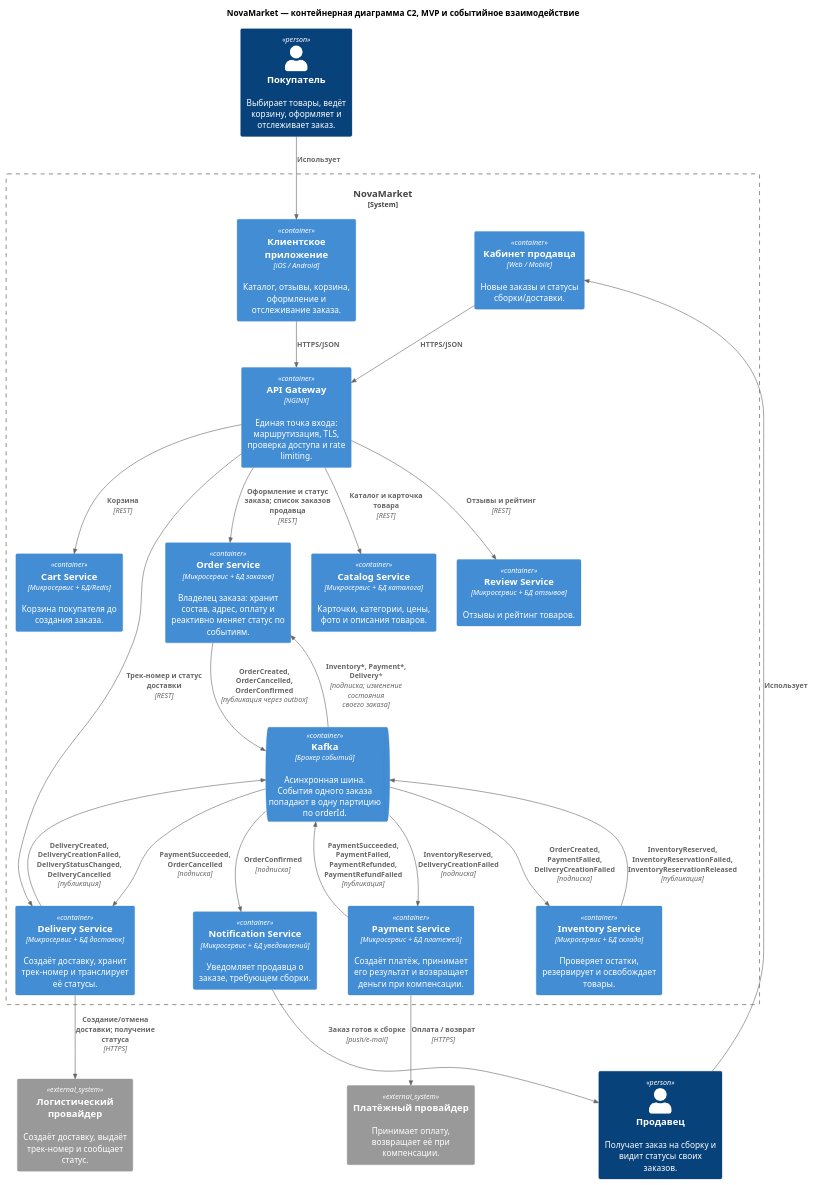
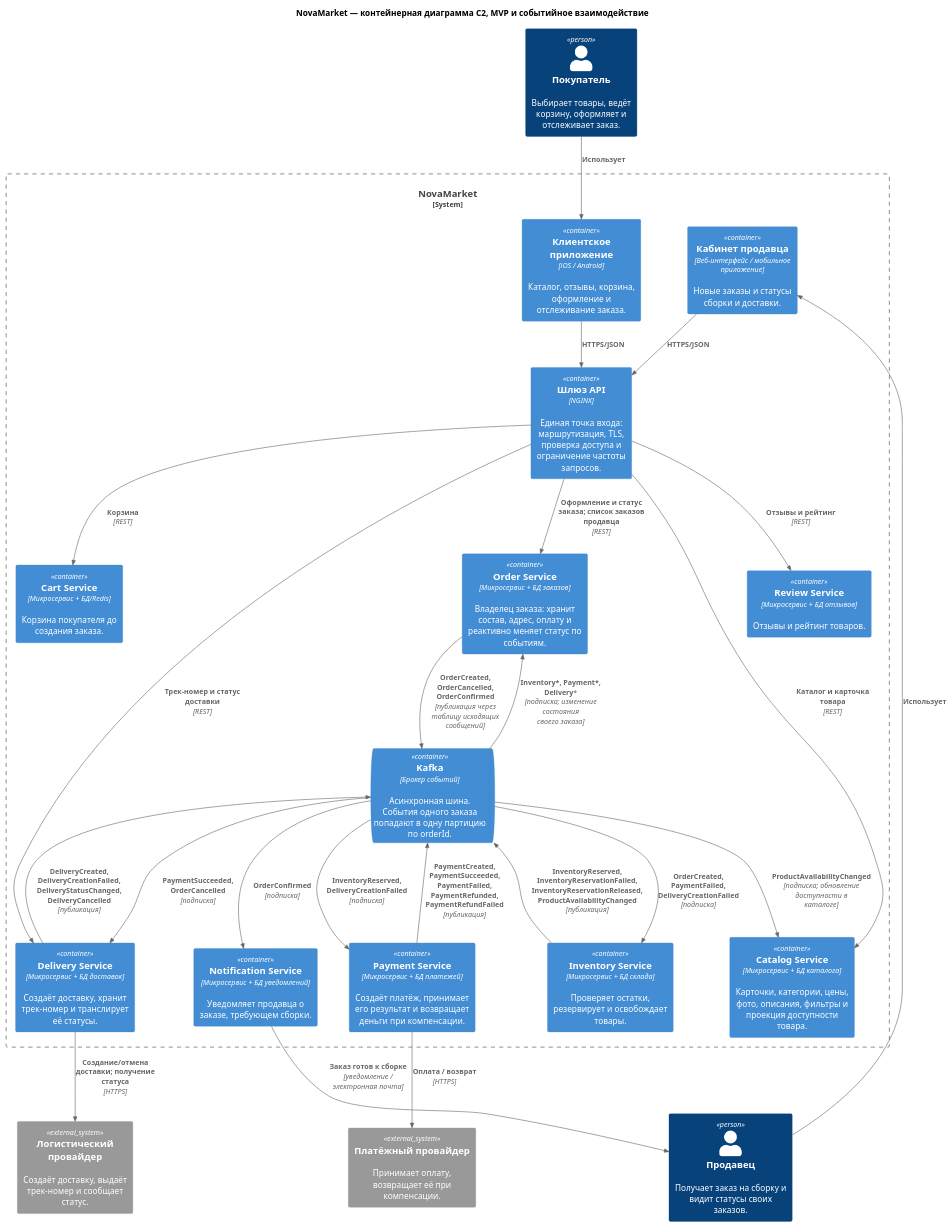
One commit to FFinn/MSA-3-NovaMarket-v1 changed the diagram in Task1/c2-event-driven-architecture.puml. Above: the diagram before and after it, drawn with PlantUML.

Commit message:
Improve Task1/c2-event-driven-architecture.puml: align artifacts with sprint requirements

```diff
--- a/Task1/c2-event-driven-architecture.puml
+++ b/Task1/c2-event-driven-architecture.puml
@@ -1,48 +1,49 @@
 @startuml
 !include <C4/C4_Container>
 LAYOUT_TOP_DOWN()
 title NovaMarket — контейнерная диаграмма C2, MVP и событийное взаимодействие
 
 Person(customer, "Покупатель", "Выбирает товары, ведёт корзину, оформляет и отслеживает заказ.")
 Person(seller, "Продавец", "Получает заказ на сборку и видит статусы своих заказов.")
 System_Ext(paymentProvider, "Платёжный провайдер", "Принимает оплату, возвращает её при компенсации.")
 System_Ext(logisticsProvider, "Логистический провайдер", "Создаёт доставку, выдаёт трек-номер и сообщает статус.")
 
 System_Boundary(novamarket, "NovaMarket") {
   Container(customerApp, "Клиентское приложение", "iOS / Android", "Каталог, отзывы, корзина, оформление и отслеживание заказа.")
-  Container(sellerApp, "Кабинет продавца", "Web / Mobile", "Новые заказы и статусы сборки/доставки.")
-  Container(gateway, "API Gateway", "NGINX", "Единая точка входа: маршрутизация, TLS, проверка доступа и rate limiting.")
-  Container(catalog, "Catalog Service", "Микросервис + БД каталога", "Карточки, категории, цены, фото и описания товаров.")
+  Container(sellerApp, "Кабинет продавца", "Веб-интерфейс / мобильное приложение", "Новые заказы и статусы сборки и доставки.")
+  Container(gateway, "Шлюз API", "NGINX", "Единая точка входа: маршрутизация, TLS, проверка доступа и ограничение частоты запросов.")
+  Container(catalog, "Catalog Service", "Микросервис + БД каталога", "Карточки, категории, цены, фото, описания, фильтры и проекция доступности товара.")
   Container(review, "Review Service", "Микросервис + БД отзывов", "Отзывы и рейтинг товаров.")
   Container(cart, "Cart Service", "Микросервис + БД/Redis", "Корзина покупателя до создания заказа.")
   Container(order, "Order Service", "Микросервис + БД заказов", "Владелец заказа: хранит состав, адрес, оплату и реактивно меняет статус по событиям.")
   Container(inventory, "Inventory Service", "Микросервис + БД склада", "Проверяет остатки, резервирует и освобождает товары.")
   Container(payment, "Payment Service", "Микросервис + БД платежей", "Создаёт платёж, принимает его результат и возвращает деньги при компенсации.")
   Container(delivery, "Delivery Service", "Микросервис + БД доставок", "Создаёт доставку, хранит трек-номер и транслирует её статусы.")
   Container(notification, "Notification Service", "Микросервис + БД уведомлений", "Уведомляет продавца о заказе, требующем сборки.")
   ContainerQueue(kafka, "Kafka", "Брокер событий", "Асинхронная шина. События одного заказа попадают в одну партицию по orderId.")
 }
 
 Rel(customer, customerApp, "Использует")
 Rel(seller, sellerApp, "Использует")
 Rel(customerApp, gateway, "HTTPS/JSON")
 Rel(sellerApp, gateway, "HTTPS/JSON")
 Rel(gateway, catalog, "Каталог и карточка товара", "REST")
 Rel(gateway, review, "Отзывы и рейтинг", "REST")
 Rel(gateway, cart, "Корзина", "REST")
 Rel(gateway, order, "Оформление и статус заказа; список заказов продавца", "REST")
 Rel(gateway, delivery, "Трек-номер и статус доставки", "REST")
 
-Rel(order, kafka, "OrderCreated, OrderCancelled, OrderConfirmed", "публикация через outbox")
+Rel(order, kafka, "OrderCreated, OrderCancelled, OrderConfirmed", "публикация через таблицу исходящих сообщений")
 Rel(kafka, inventory, "OrderCreated, PaymentFailed, DeliveryCreationFailed", "подписка")
-Rel(inventory, kafka, "InventoryReserved, InventoryReservationFailed, InventoryReservationReleased", "публикация")
+Rel(inventory, kafka, "InventoryReserved, InventoryReservationFailed, InventoryReservationReleased, ProductAvailabilityChanged", "публикация")
+Rel(kafka, catalog, "ProductAvailabilityChanged", "подписка; обновление доступности в каталоге")
 Rel(kafka, payment, "InventoryReserved, DeliveryCreationFailed", "подписка")
 Rel(payment, paymentProvider, "Оплата / возврат", "HTTPS")
-Rel(payment, kafka, "PaymentSucceeded, PaymentFailed, PaymentRefunded, PaymentRefundFailed", "публикация")
+Rel(payment, kafka, "PaymentCreated, PaymentSucceeded, PaymentFailed, PaymentRefunded, PaymentRefundFailed", "публикация")
 Rel(kafka, delivery, "PaymentSucceeded, OrderCancelled", "подписка")
 Rel(delivery, logisticsProvider, "Создание/отмена доставки; получение статуса", "HTTPS")
 Rel(delivery, kafka, "DeliveryCreated, DeliveryCreationFailed, DeliveryStatusChanged, DeliveryCancelled", "публикация")
 Rel(kafka, order, "Inventory*, Payment*, Delivery*", "подписка; изменение состояния своего заказа")
 Rel(kafka, notification, "OrderConfirmed", "подписка")
-Rel(notification, seller, "Заказ готов к сборке", "push/e-mail")
+Rel(notification, seller, "Заказ готов к сборке", "уведомление / электронная почта")
 @enduml
```
